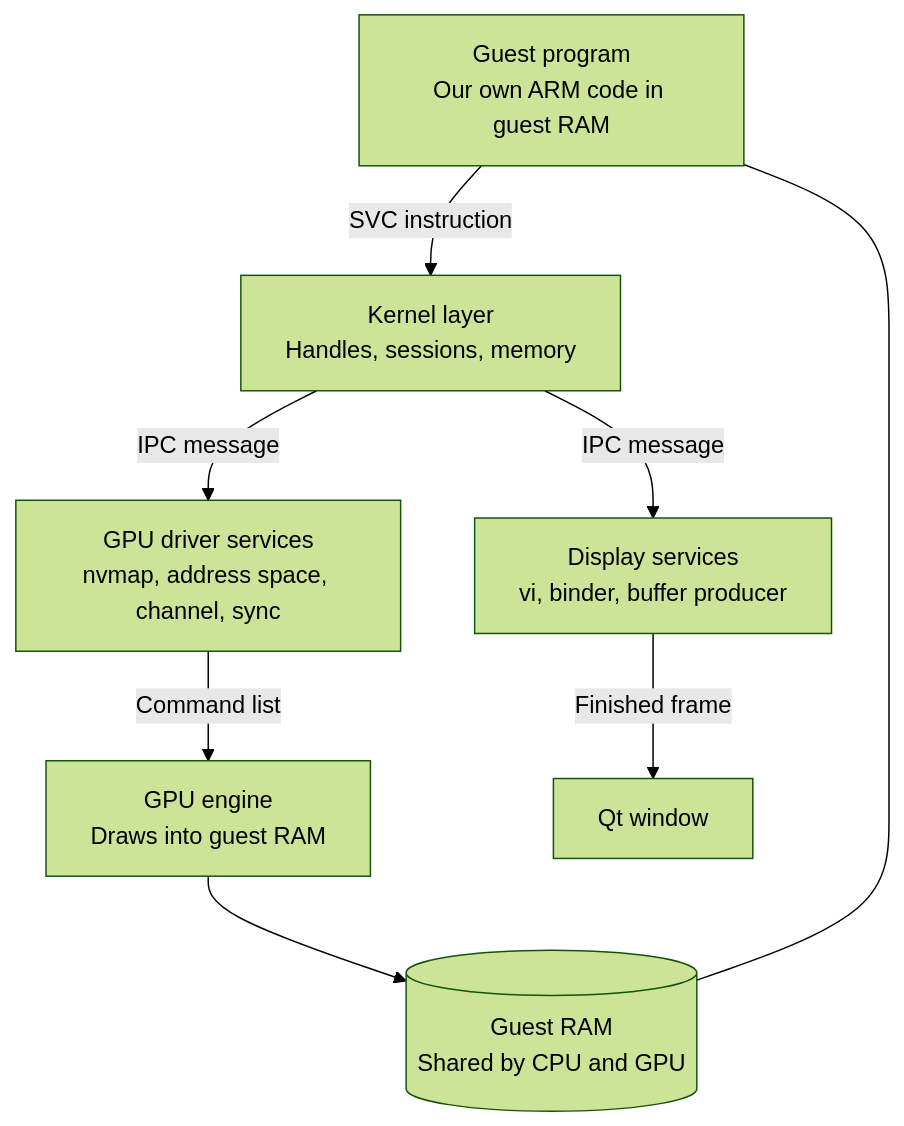
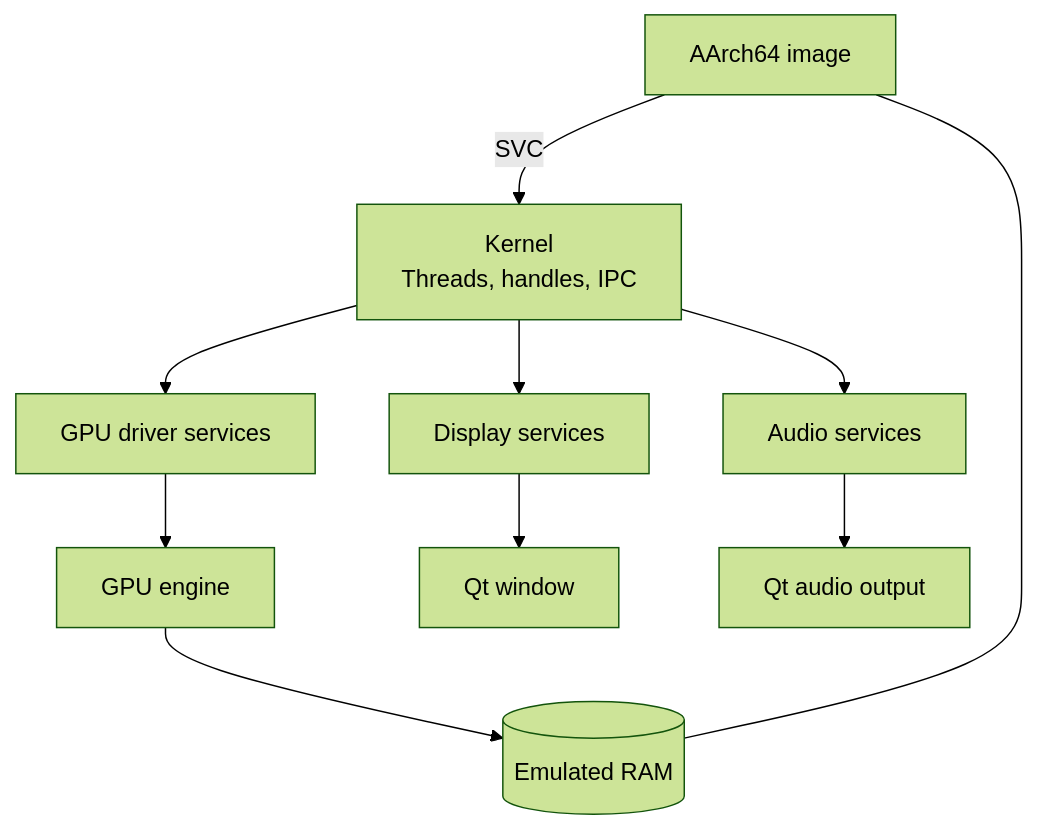
Before and after one commit to jopdorp/kokoro: the diagram in docs/architecture/guest-path.md, drawn with Mermaid (forest theme). The commit also changed other lines of this file and 21 other files, not shown here.

````diff
--- a/docs/architecture/guest-path.md
+++ b/docs/architecture/guest-path.md
@@ -5,10 +5,12 @@
 ```mermaid
 flowchart TB
-    G["Guest program<br/>Our own ARM code in guest RAM"] -->|"SVC instruction"| K["Kernel layer<br/>Handles, sessions, memory"]
-    K -->|"IPC message"| NV["GPU driver services<br/>nvmap, address space, channel, sync"]
-    NV -->|"Command list"| ENG["GPU engine<br/>Draws into guest RAM"]
-    K -->|"IPC message"| VI["Display services<br/>vi, binder, buffer producer"]
-    ENG --> RAM[("Guest RAM<br/>Shared by CPU and GPU")]
-    VI -->|"Finished frame"| WIN["Qt window"]
-    G --- RAM
+    P["AArch64 image"] -->|"SVC"| K["Kernel<br/>Threads, handles, IPC"]
+    K --> NV["GPU driver services"]
+    K --> AU["Audio services"]
+    K --> VI["Display services"]
+    NV --> GPU["GPU engine"]
+    GPU --> RAM[("Emulated RAM")]
+    VI --> WIN["Qt window"]
+    AU --> OUT["Qt audio output"]
+    P --- RAM
 ```
````
